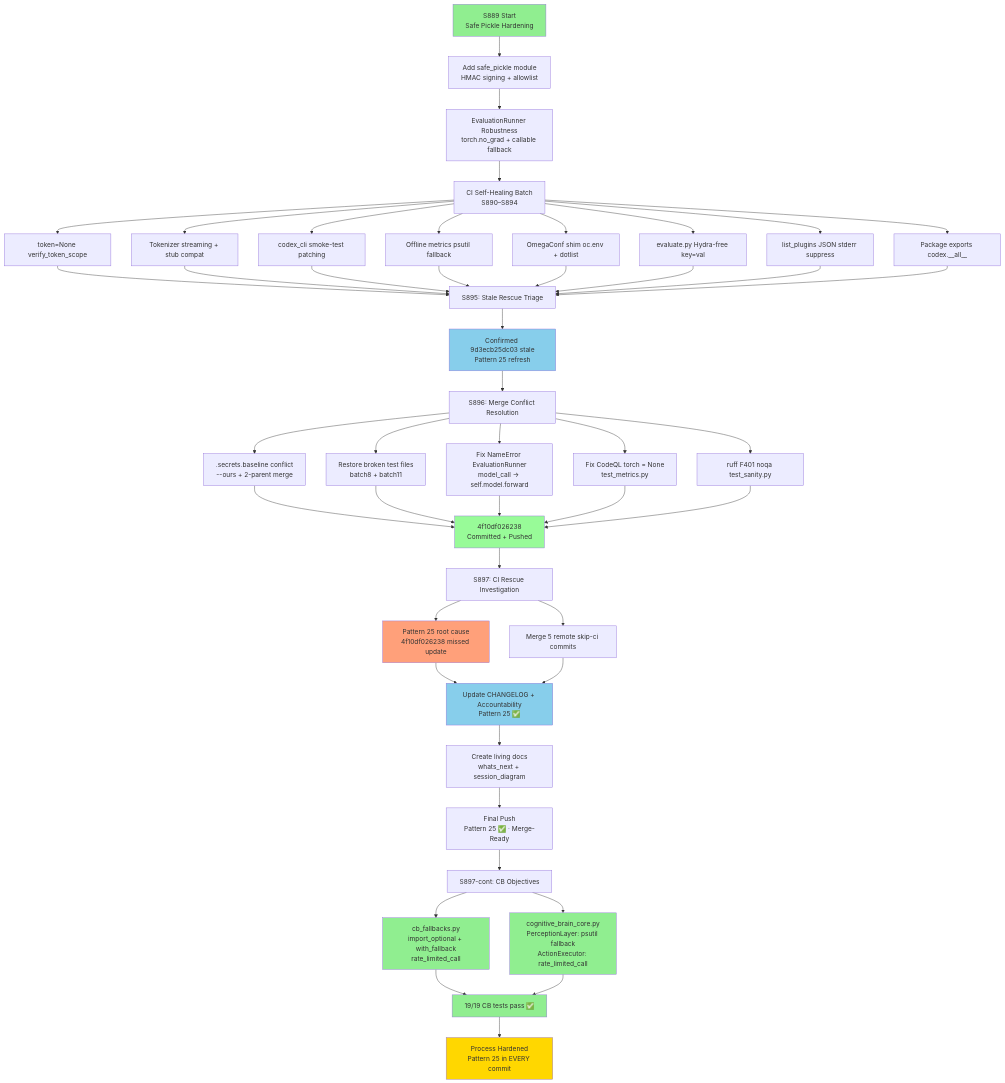
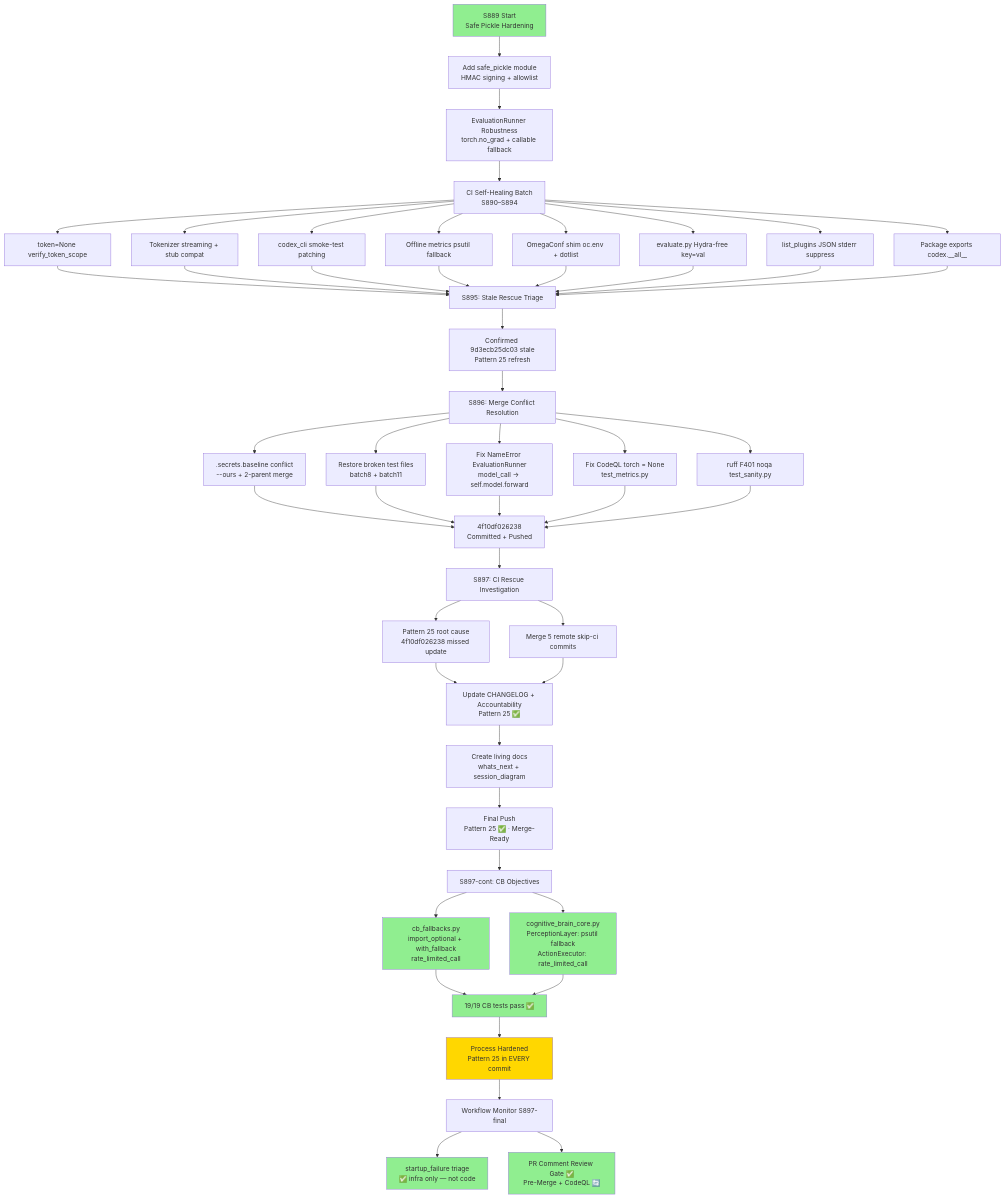
Before and after one commit to Aries-Serpent/_codex_: the diagram in docs/sessions/PR4368_session_diagram.md, drawn with Mermaid. The commit also changed 4 other files, not shown here.

First line of the commit message:
docs(S897-final): workflow monitoring, startup_failure triage, update all living docs; Pattern 25 ✅

````diff
--- a/docs/sessions/PR4368_session_diagram.md
+++ b/docs/sessions/PR4368_session_diagram.md
@@ -12,49 +12,50 @@
 ```mermaid
 graph TD
     A[S889 Start<br/>Safe Pickle Hardening] --> B[Add safe_pickle module<br/>HMAC signing + allowlist]
     B --> C[EvaluationRunner Robustness<br/>torch.no_grad + callable fallback]
     C --> D[CI Self-Healing Batch<br/>S890–S894]
 
     D --> E[token=None verify_token_scope]
     D --> F[Tokenizer streaming + stub compat]
     D --> G[codex_cli smoke-test patching]
     D --> H[Offline metrics psutil fallback]
     D --> I[OmegaConf shim oc.env + dotlist]
     D --> J[evaluate.py Hydra-free key=val]
     D --> K[list_plugins JSON stderr suppress]
     D --> L[Package exports codex.__all__]
 
     E & F & G & H & I & J & K & L --> M[S895: Stale Rescue Triage]
     M --> N[Confirmed 9d3ecb25dc03 stale<br/>Pattern 25 refresh]
 
     N --> O[S896: Merge Conflict Resolution]
     O --> P[.secrets.baseline conflict<br/>--ours + 2-parent merge]
     O --> Q[Restore broken test files<br/>batch8 + batch11]
     O --> R[Fix NameError EvaluationRunner<br/>model_call → self.model.forward]
     O --> S[Fix CodeQL torch = None<br/>test_metrics.py]
     O --> T[ruff F401 noqa test_sanity.py]
 
     P & Q & R & S & T --> U[4f10df026238<br/>Committed + Pushed]
 
     U --> V[S897: CI Rescue Investigation]
     V --> W[Pattern 25 root cause<br/>4f10df026238 missed update]
     V --> X[Merge 5 remote skip-ci commits]
     W & X --> Y[Update CHANGELOG + Accountability<br/>Pattern 25 ✅]
     Y --> Z[Create living docs<br/>whats_next + session_diagram]
     Z --> AA[Final Push<br/>Pattern 25 ✅ · Merge-Ready]
     AA --> AB[S897-cont: CB Objectives]
     AB --> AC[cb_fallbacks.py<br/>import_optional + with_fallback<br/>rate_limited_call]
     AB --> AD[cognitive_brain_core.py<br/>PerceptionLayer: psutil fallback<br/>ActionExecutor: rate_limited_call]
     AC & AD --> AE[19/19 CB tests pass ✅]
     AE --> AF[Process Hardened<br/>Pattern 25 in EVERY commit]
+    AF --> AG[Workflow Monitor S897-final]
+    AG --> AH[startup_failure triage<br/>✅ infra only — not code]
+    AG --> AI[PR Comment Review Gate ✅<br/>Pre-Merge + CodeQL 🔄]
 
     style A fill:#90EE90
     style AF fill:#FFD700
-    style U fill:#98FB98
-    style N fill:#87CEEB
-    style Y fill:#87CEEB
-    style W fill:#FFA07A
+    style AI fill:#90EE90
+    style AH fill:#90EE90
     style AC fill:#90EE90
     style AD fill:#90EE90
     style AE fill:#90EE90
 ```
````
